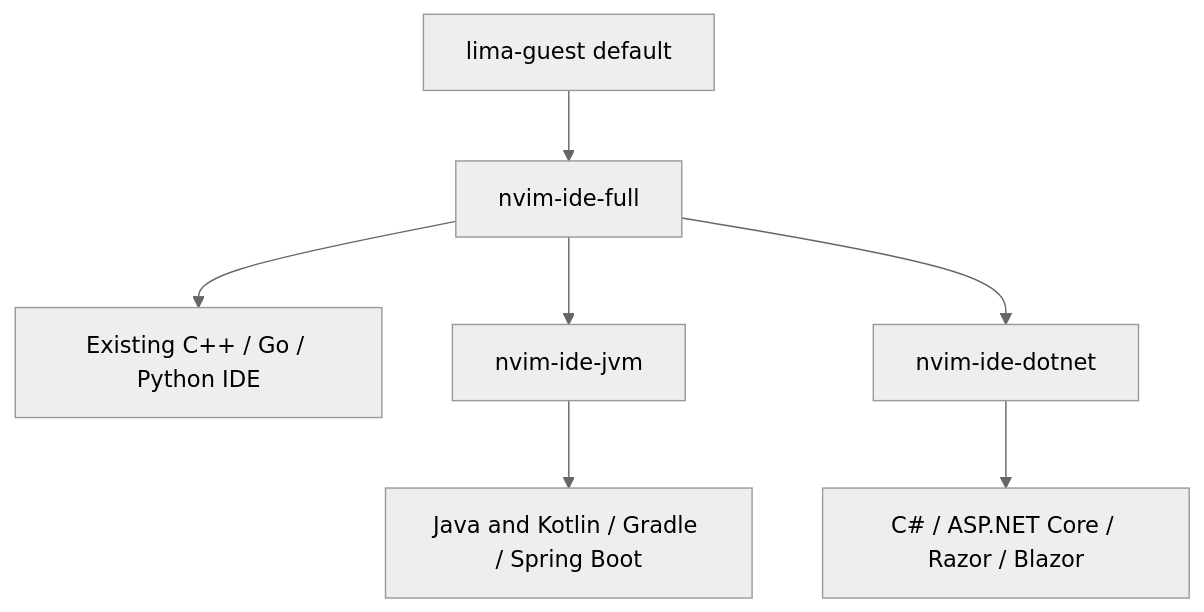
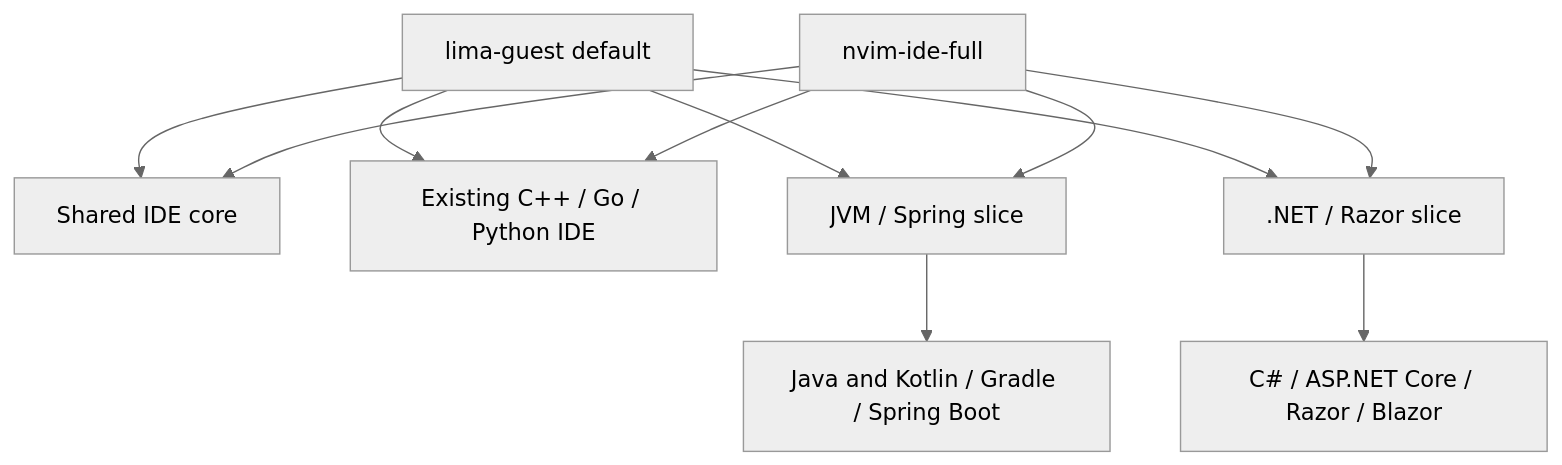
The diagram in docs/brainstorms/2026-08-21-lima-nvchad-jvm-dotnet-requirements.md (zzanghyunmoo/Workspaces), drawn with Mermaid (neutral theme) before and after one commit. The commit also changed other lines of this file and 2 other files, not shown here.

First line of the commit message:
docs: finalize Lima JVM and .NET delivery evidence

````diff
--- a/docs/brainstorms/2026-08-21-lima-nvchad-jvm-dotnet-requirements.md
+++ b/docs/brainstorms/2026-08-21-lima-nvchad-jvm-dotnet-requirements.md
@@ -49,9 +49,13 @@
 ```mermaid
 flowchart TB
-  Lima[lima-guest default] --> Full[nvim-ide-full]
-  Full --> Existing[Existing C++ / Go / Python IDE]
-  Full --> JVM[nvim-ide-jvm]
-  Full --> DotNet[nvim-ide-dotnet]
+  Lima["lima-guest default"] --> Shared[Shared IDE core]
+  Lima --> Existing[Existing C++ / Go / Python IDE]
+  Lima --> JVM[JVM / Spring slice]
+  Lima --> DotNet[.NET / Razor slice]
+  Full[nvim-ide-full] --> Shared
+  Full --> Existing
+  Full --> JVM
+  Full --> DotNet
   JVM --> Spring[Java and Kotlin / Gradle / Spring Boot]
   DotNet --> AspNet[C# / ASP.NET Core / Razor / Blazor]
 ```
````
